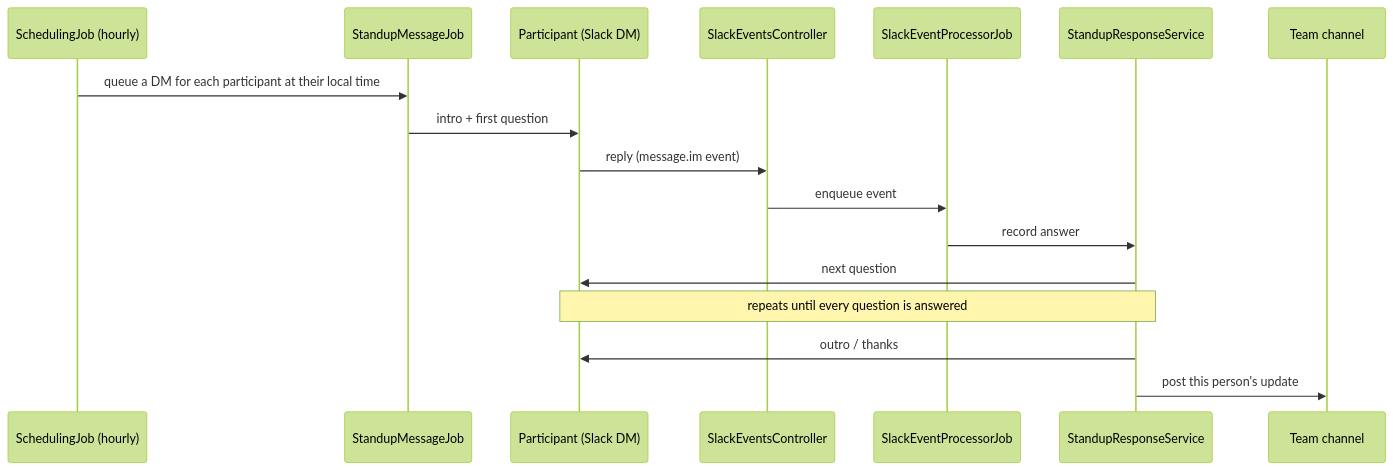
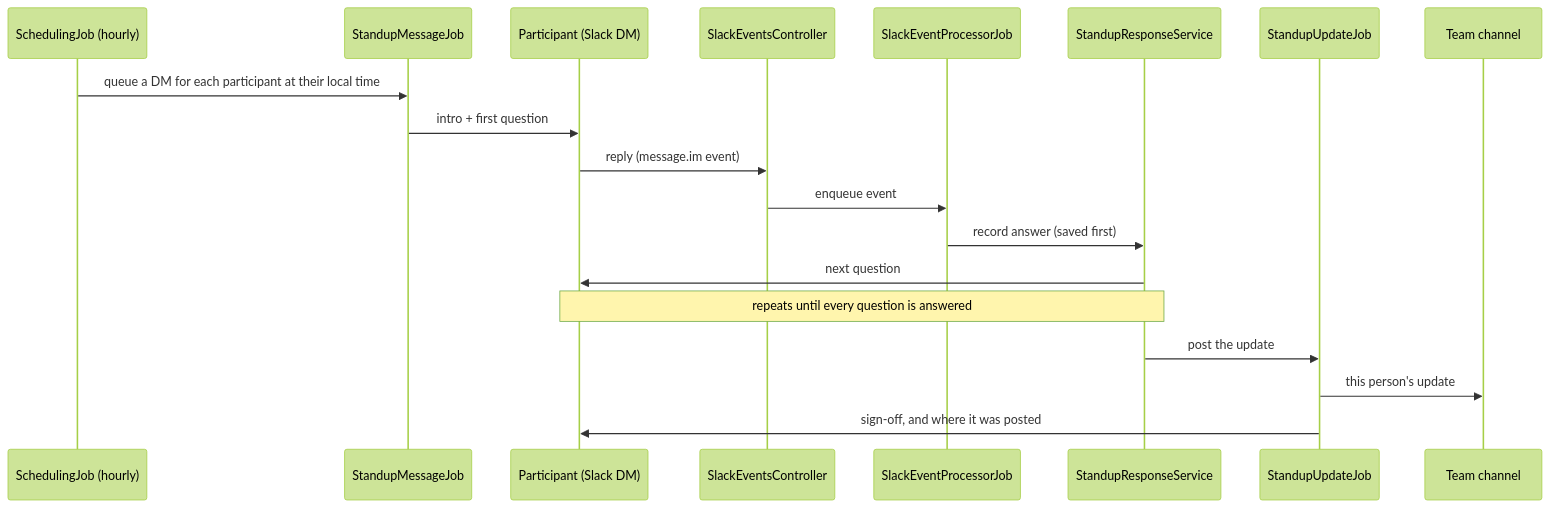
The fourth of 7 diagrams in docs/architecture.md (mrecachinas/standup-bot), drawn with Mermaid (forest theme) before and after one commit. The commit also changed other lines of this file and 56 other files, not shown here.

````diff
--- a/docs/architecture.md
+++ b/docs/architecture.md
@@ -90,20 +90,22 @@
 ```mermaid
 sequenceDiagram
     participant Sched as SchedulingJob (hourly)
     participant Msg as StandupMessageJob
     participant User as Participant (Slack DM)
     participant Ctrl as SlackEventsController
     participant Proc as SlackEventProcessorJob
     participant Svc as StandupResponseService
+    participant Post as StandupUpdateJob
     participant Chan as Team channel
 
     Sched->>Msg: queue a DM for each participant at their local time
     Msg->>User: intro + first question
     User->>Ctrl: reply (message.im event)
     Ctrl->>Proc: enqueue event
-    Proc->>Svc: record answer
+    Proc->>Svc: record answer (saved first)
     Svc->>User: next question
     Note over User,Svc: repeats until every question is answered
-    Svc->>User: outro / thanks
-    Svc->>Chan: post this person's update
+    Svc->>Post: post the update
+    Post->>Chan: this person's update
+    Post->>User: sign-off, and where it was posted
 ```
````
